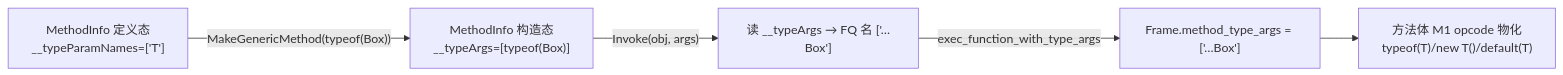
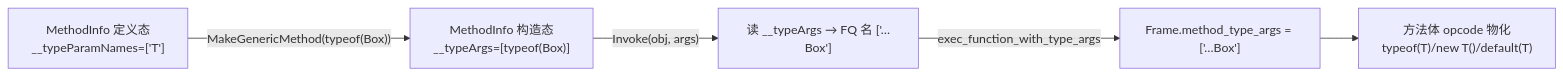
Before and after one commit to z42-lang/z42: the second of 2 diagrams in docs/reference/src/language/generic-methods.md, drawn with Mermaid. The commit also changed other lines of this file and 190 other files, not shown here.

````diff
--- a/docs/reference/src/language/generic-methods.md
+++ b/docs/reference/src/language/generic-methods.md
@@ -201,7 +193,7 @@
 ```mermaid
 flowchart LR
   A["MethodInfo 定义态<br/>__typeParamNames=['T']"] -->|"MakeGenericMethod(typeof(Box))"| B["MethodInfo 构造态<br/>__typeArgs=[typeof(Box)]"]
   B -->|"Invoke(obj, args)"| C["读 __typeArgs → FQ 名 ['…Box']"]
   C -->|"exec_function_with_type_args"| D["Frame.method_type_args = ['…Box']"]
-  D --> E["方法体 M1 opcode 物化<br/>typeof(T)/new T()/default(T)"]
+  D --> E["方法体 opcode 物化<br/>typeof(T)/new T()/default(T)"]
 ```
````
